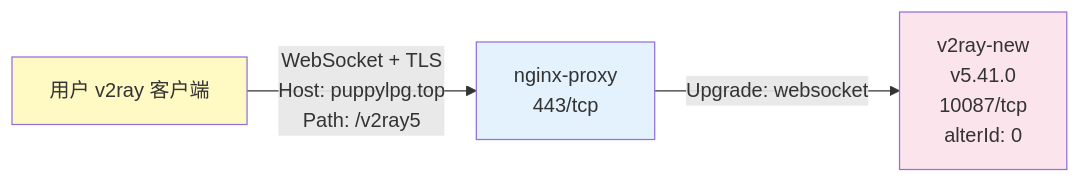
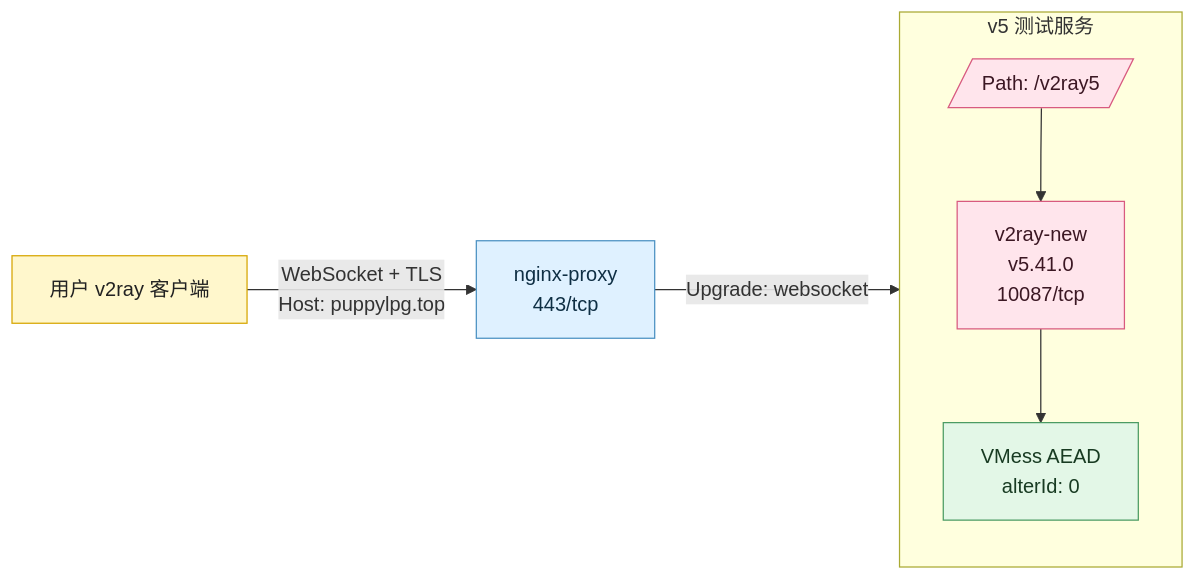
Before and after one commit to puppylpg/puppylpg.github.io: the tenth of 10 diagrams in _ai/2026-06-08-vps-docker-panorama-v2ray-v4-to-v5-upgrade.md, drawn with Mermaid. The commit also changed other lines of this file, not shown here.

Commit message:
docs: optimize Mermaid diagrams for VPS Docker overview

````diff
--- a/_ai/2026-06-08-vps-docker-panorama-v2ray-v4-to-v5-upgrade.md
+++ b/_ai/2026-06-08-vps-docker-panorama-v2ray-v4-to-v5-upgrade.md
@@ -165,9 +300,25 @@
 ```mermaid
 flowchart LR
-    A[用户 v2ray 客户端] -->|WebSocket + TLS<br/>Host: puppylpg.top<br/>Path: /v2ray5| B[nginx-proxy<br/>443/tcp]
-    B -->|Upgrade: websocket| C[v2ray-new<br/>v5.41.0<br/>10087/tcp<br/>alterId: 0]
+    client[用户 v2ray 客户端]
+    proxy[nginx-proxy<br/>443/tcp]
 
-    style A fill:#fff9c4
-    style B fill:#e3f2fd
-    style C fill:#fce4ec
+    subgraph new[v5 测试服务]
+        direction TB
+        path[/Path: /v2ray5/]
+        v5[v2ray-new<br/>v5.41.0<br/>10087/tcp]
+        aead[VMess AEAD<br/>alterId: 0]
+        path --> v5 --> aead
+    end
+
+    client -->|WebSocket + TLS<br/>Host: puppylpg.top| proxy
+    proxy -->|Upgrade: websocket| path
+
+    classDef user fill:#fff7cc,stroke:#d6a500,color:#222;
+    classDef gateway fill:#dff1ff,stroke:#4a90c2,color:#0f2f44;
+    classDef app fill:#ffe5ec,stroke:#d85a7f,color:#3b1723;
+    classDef ok fill:#e3f7e7,stroke:#4b9b63,color:#183b22;
+    class client user;
+    class proxy gateway;
+    class path,v5 app;
+    class aead ok;
 ```
````
